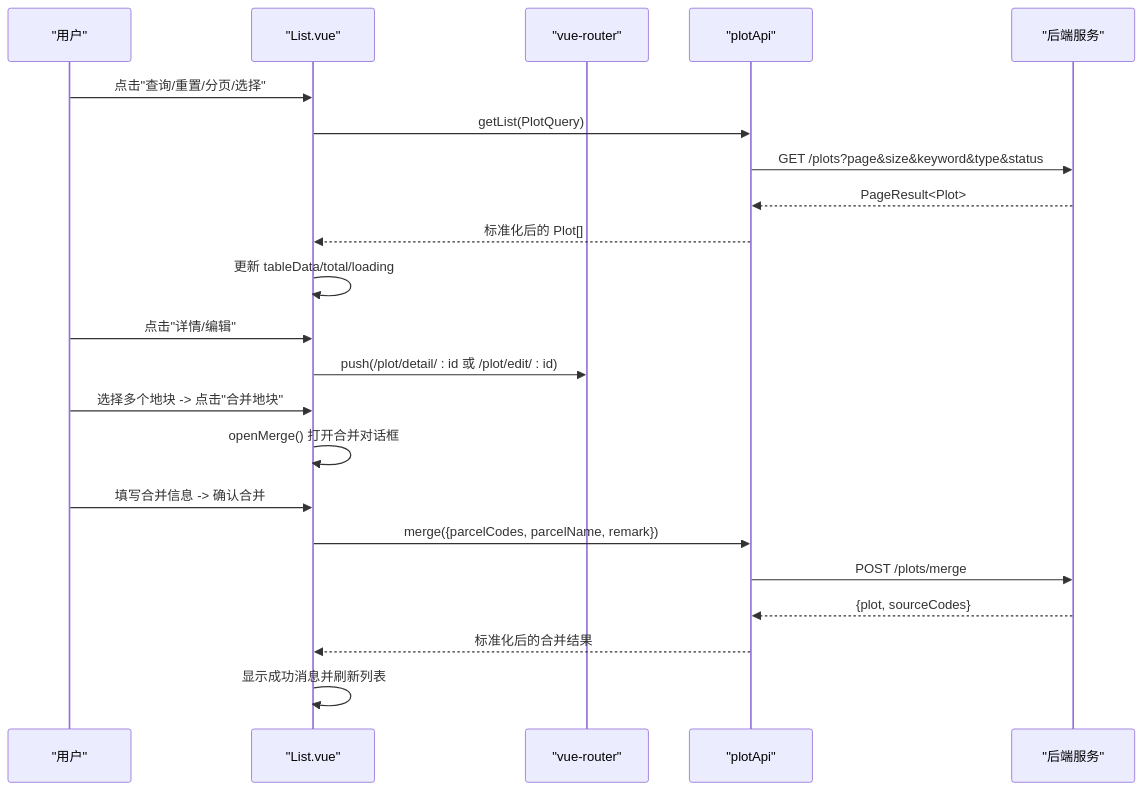
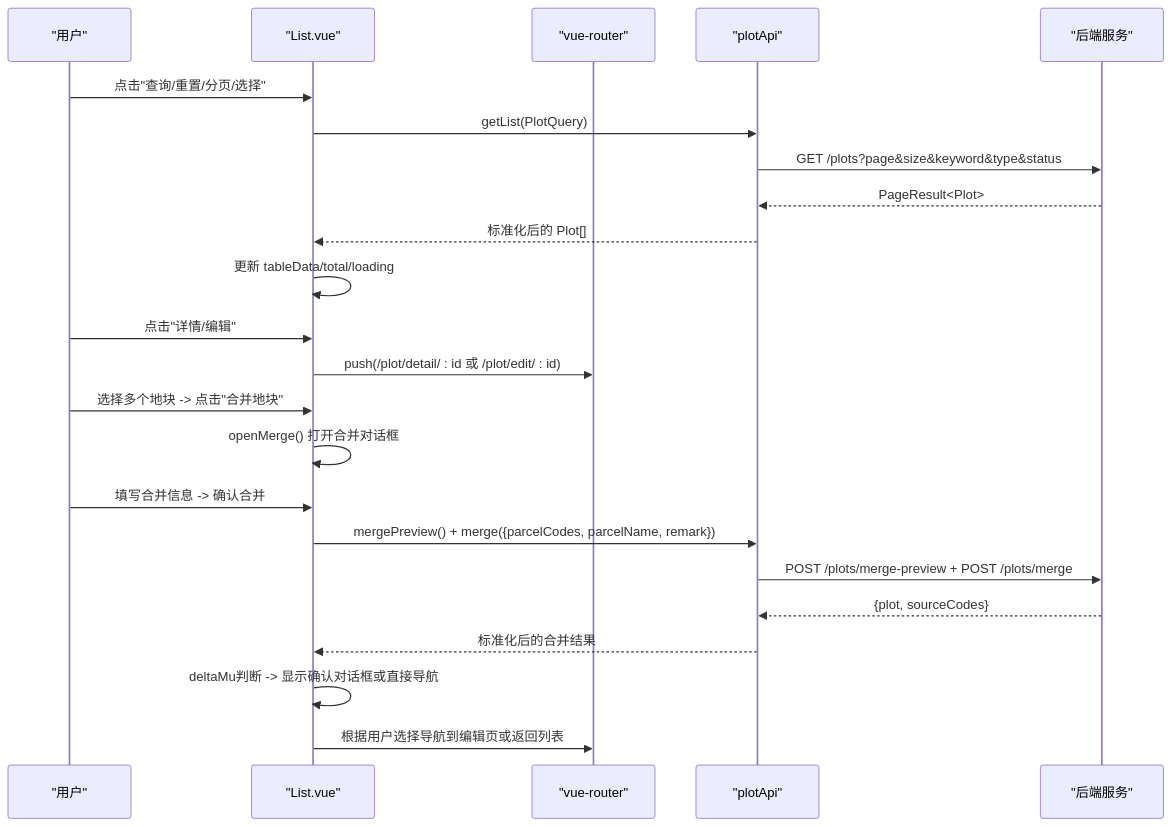
The second of 10 diagrams in .qoder/repowiki/zh/content/前端应用文档/核心页面/地块管理页面/地块列表页面.md (q446328246/agri-platform), drawn with Mermaid before and after one commit. The commit also changed other lines of this file and 4 other files, not shown here.

````diff
--- a/.qoder/repowiki/zh/content/前端应用文档/核心页面/地块管理页面/地块列表页面.md
+++ b/.qoder/repowiki/zh/content/前端应用文档/核心页面/地块管理页面/地块列表页面.md
@@ -80,24 +87,25 @@
 ```mermaid
 sequenceDiagram
 participant U as "用户"
 participant V as "List.vue"
 participant R as "vue-router"
 participant A as "plotApi"
 participant S as "后端服务"
 U->>V : 点击"查询/重置/分页/选择"
 V->>A : getList(PlotQuery)
 A->>S : GET /plots?page&size&keyword&type&status
 S-->>A : PageResult<Plot>
 A-->>V : 标准化后的 Plot[]
 V->>V : 更新 tableData/total/loading
 U->>V : 点击"详情/编辑"
 V->>R : push(/plot/detail/ : id 或 /plot/edit/ : id)
 U->>V : 选择多个地块 -> 点击"合并地块"
 V->>V : openMerge() 打开合并对话框
 U->>V : 填写合并信息 -> 确认合并
-V->>A : merge({parcelCodes, parcelName, remark})
-A->>S : POST /plots/merge
+V->>A : mergePreview() + merge({parcelCodes, parcelName, remark})
+A->>S : POST /plots/merge-preview + POST /plots/merge
 S-->>A : {plot, sourceCodes}
 A-->>V : 标准化后的合并结果
-V->>V : 显示成功消息并刷新列表
+V->>V : deltaMu判断 -> 显示确认对话框或直接导航
+V->>R : 根据用户选择导航到编辑页或返回列表
 ```
````
